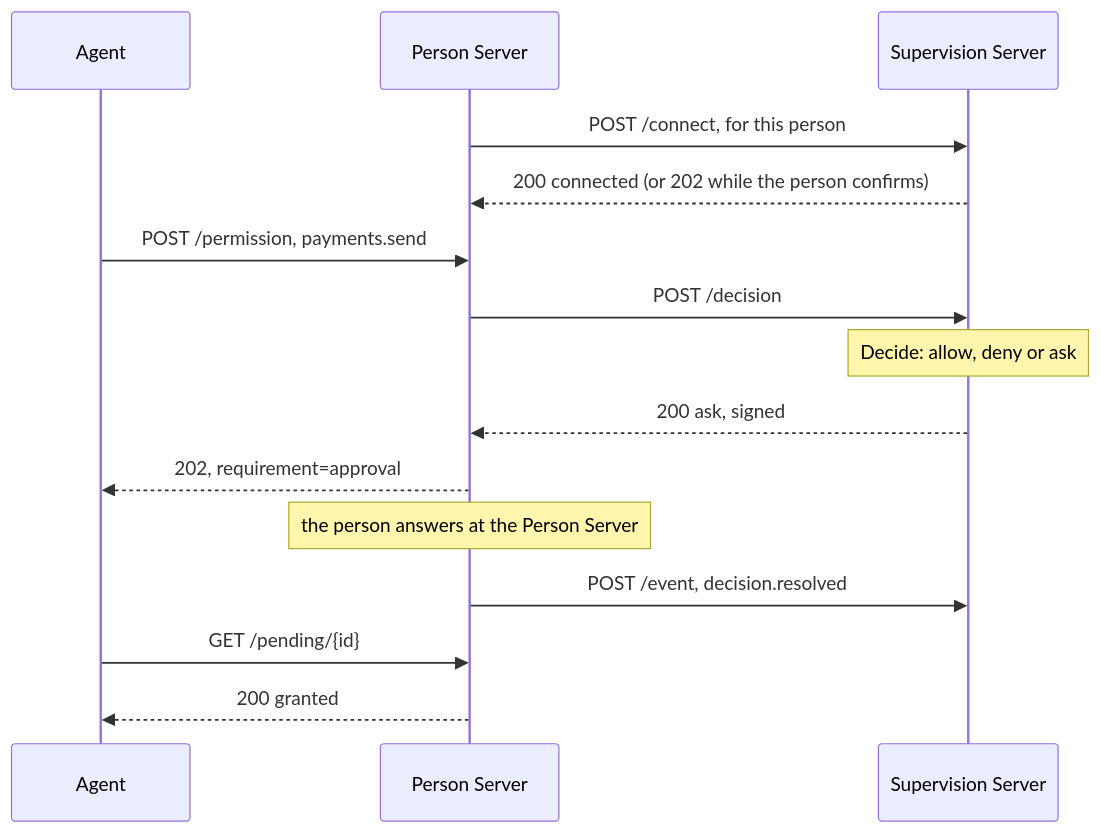
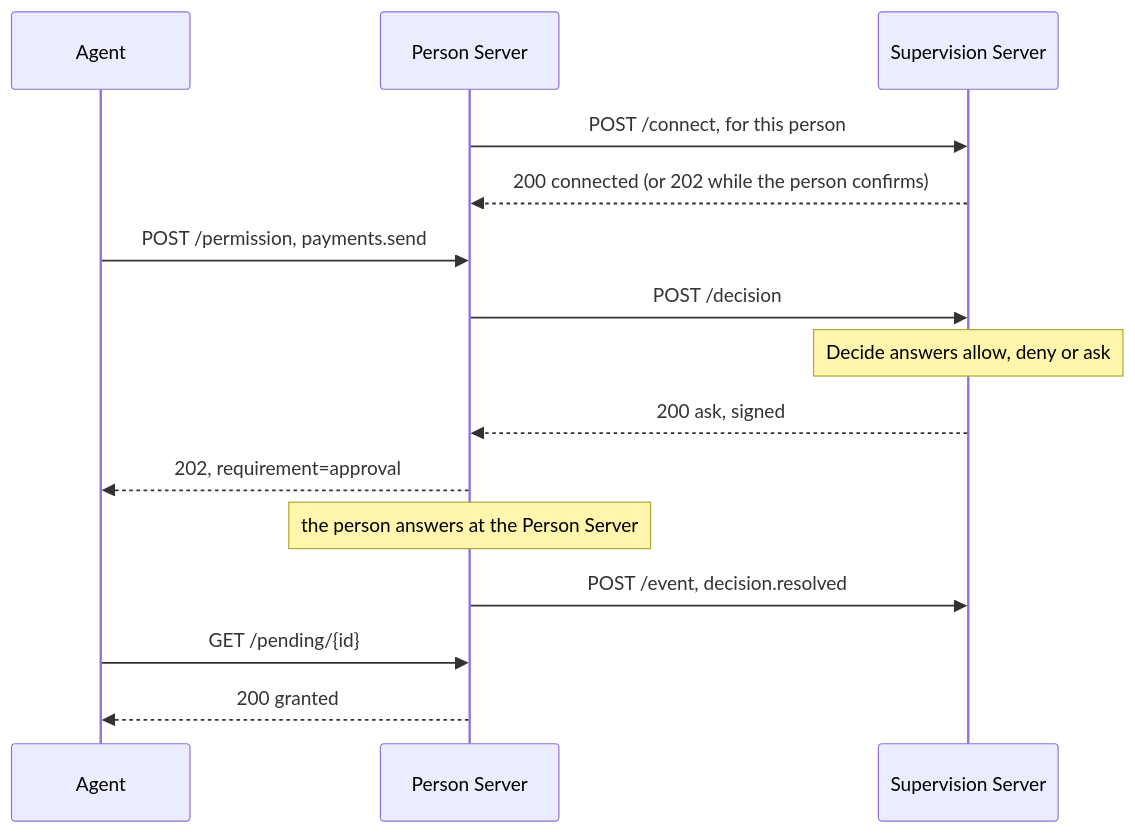
Before and after one commit to sidecat-dev/aauth-go: the diagram in docs/roles/supervision-server.md, drawn with Mermaid. The commit also changed 14 other files, not shown here.

First line of the commit message:
docs: make every mermaid diagram render on GitLab

````diff
--- a/docs/roles/supervision-server.md
+++ b/docs/roles/supervision-server.md
@@ -18,17 +18,17 @@
 ```mermaid
 sequenceDiagram
     participant Agent
     participant PS as Person Server
     participant SS as Supervision Server
-    PS->>SS: POST /connect, for this person
-    SS-->>PS: 200 connected (or 202 while the person confirms)
-    Agent->>PS: POST /permission, payments.send
-    PS->>SS: POST /decision
-    Note over SS: Decide: allow, deny or ask
-    SS-->>PS: 200 ask, signed
-    PS-->>Agent: 202, requirement=approval
-    Note over PS: the person answers at the Person Server
-    PS->>SS: POST /event, decision.resolved
-    Agent->>PS: GET /pending/{id}
-    PS-->>Agent: 200 granted
+    PS->>SS : POST /connect, for this person
+    SS-->>PS : 200 connected (or 202 while the person confirms)
+    Agent->>PS : POST /permission, payments.send
+    PS->>SS : POST /decision
+    Note over SS : Decide answers allow, deny or ask
+    SS-->>PS : 200 ask, signed
+    PS-->>Agent : 202, requirement=approval
+    Note over PS : the person answers at the Person Server
+    PS->>SS : POST /event, decision.resolved
+    Agent->>PS : GET /pending/{id}
+    PS-->>Agent : 200 granted
 ```
````
